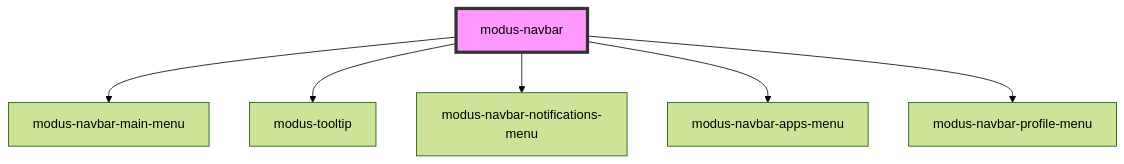
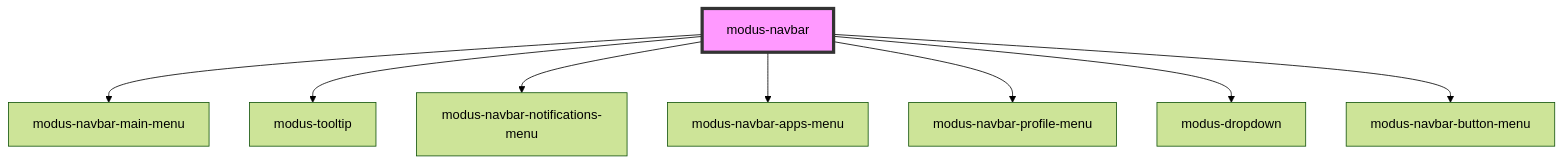
Before and after one commit to trimble-oss/modus-web-components: the diagram in stencil-workspace/src/components/modus-navbar/readme.md, drawn with Mermaid (forest theme). The commit also changed other lines of this file and 25 other files, not shown here.

````diff
--- a/stencil-workspace/src/components/modus-navbar/readme.md
+++ b/stencil-workspace/src/components/modus-navbar/readme.md
@@ -75,9 +78,11 @@
 ```mermaid
 graph TD;
   modus-navbar --> modus-navbar-main-menu
   modus-navbar --> modus-tooltip
   modus-navbar --> modus-navbar-notifications-menu
   modus-navbar --> modus-navbar-apps-menu
   modus-navbar --> modus-navbar-profile-menu
+  modus-navbar --> modus-dropdown
+  modus-navbar --> modus-navbar-button-menu
   style modus-navbar fill:#f9f,stroke:#333,stroke-width:4px
 ```
````
